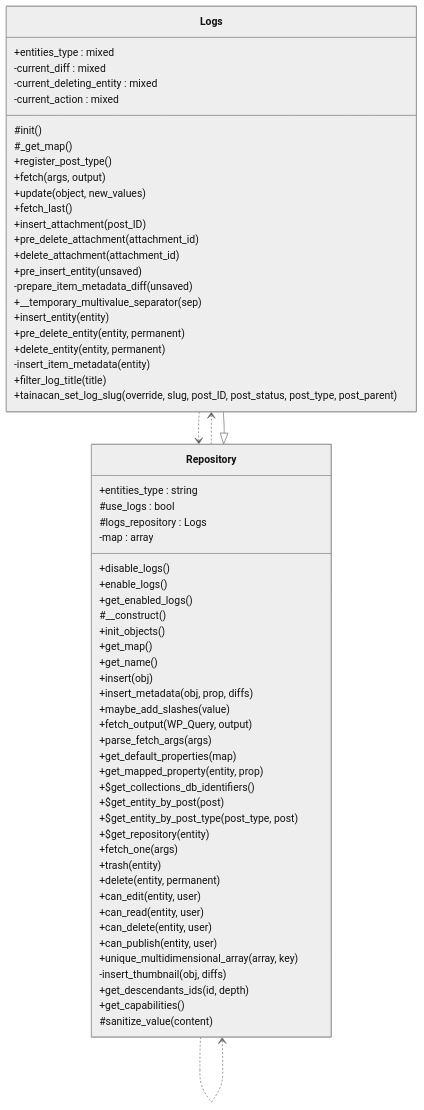
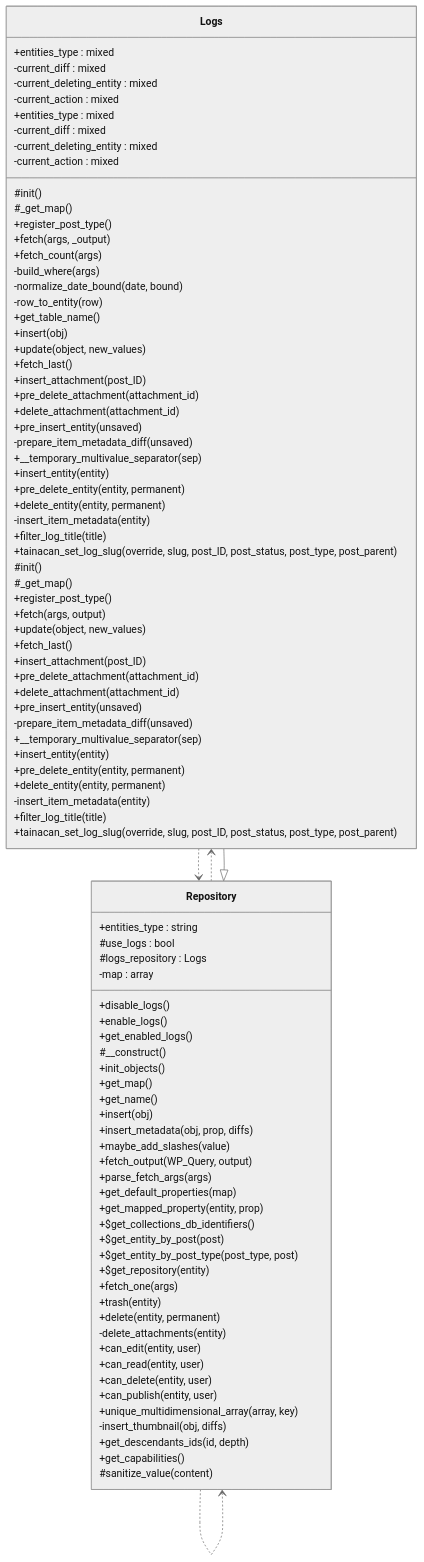
Before and after one commit to tainacan/tainacan: the diagram in docs/phpdoc/classes/Tainacan/Repositories/Logs.md, drawn with Mermaid (neutral theme). The commit also changed other lines of this file and 193 other files, not shown here.

````diff
--- a/docs/phpdoc/classes/Tainacan/Repositories/Logs.md
+++ b/docs/phpdoc/classes/Tainacan/Repositories/Logs.md
@@ -16,6 +16,36 @@
 ```mermaid
 classDiagram
     direction TB
+    class Logs {
+        +entities_type : mixed
+        -current_diff : mixed
+        -current_deleting_entity : mixed
+        -current_action : mixed
+        #init()
+        #_get_map()
+        +register_post_type()
+        +fetch(args, _output)
+        +fetch_count(args)
+        -build_where(args)
+        -normalize_date_bound(date, bound)
+        -row_to_entity(row)
+        +get_table_name()
+        +insert(obj)
+        +update(object, new_values)
+        +fetch_last()
+        +insert_attachment(post_ID)
+        +pre_delete_attachment(attachment_id)
+        +delete_attachment(attachment_id)
+        +pre_insert_entity(unsaved)
+        -prepare_item_metadata_diff(unsaved)
+        +__temporary_multivalue_separator(sep)
+        +insert_entity(entity)
+        +pre_delete_entity(entity, permanent)
+        +delete_entity(entity, permanent)
+        -insert_item_metadata(entity)
+        +filter_log_title(title)
+        +tainacan_set_log_slug(override, slug, post_ID, post_status, post_type, post_parent)
+    }
     class Logs {
         +entities_type : mixed
         -current_diff : mixed
@@ -66,6 +96,7 @@
         +fetch_one(args)
         +trash(entity)
         +delete(entity, permanent)
+        -delete_attachments(entity)
         +can_edit(entity, user)
         +can_read(entity, user)
         +can_delete(entity, user)
````
